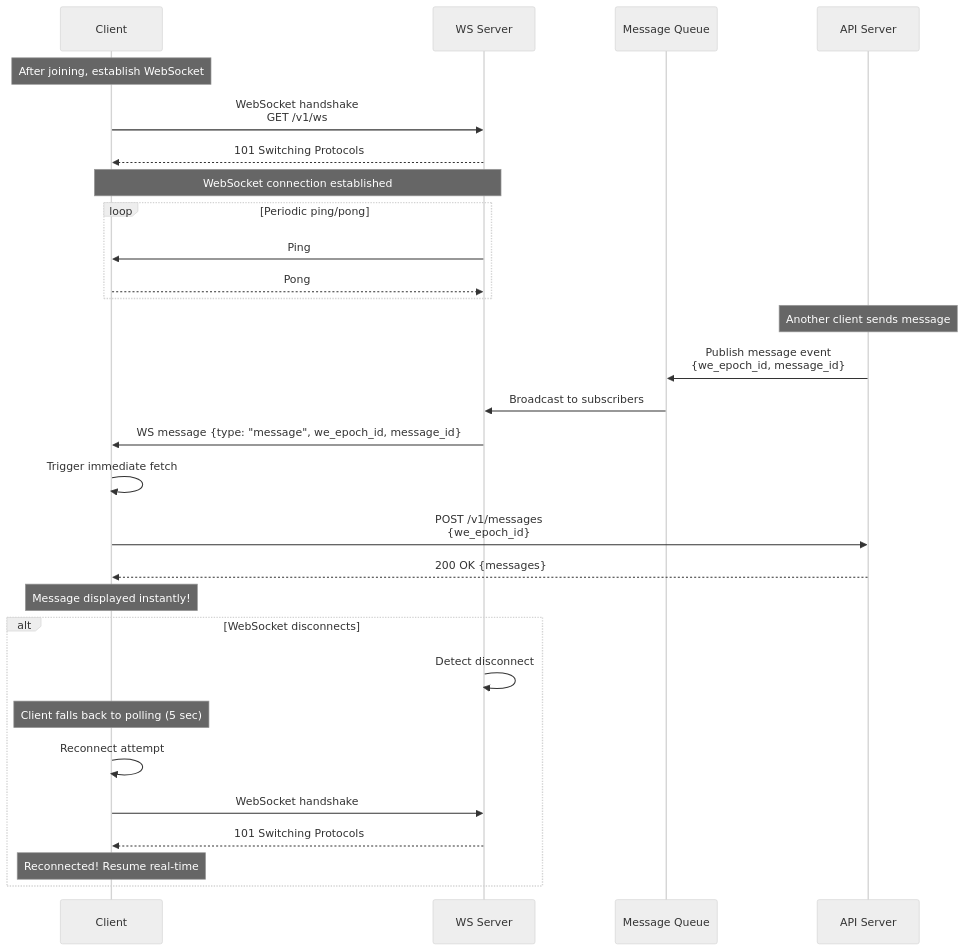
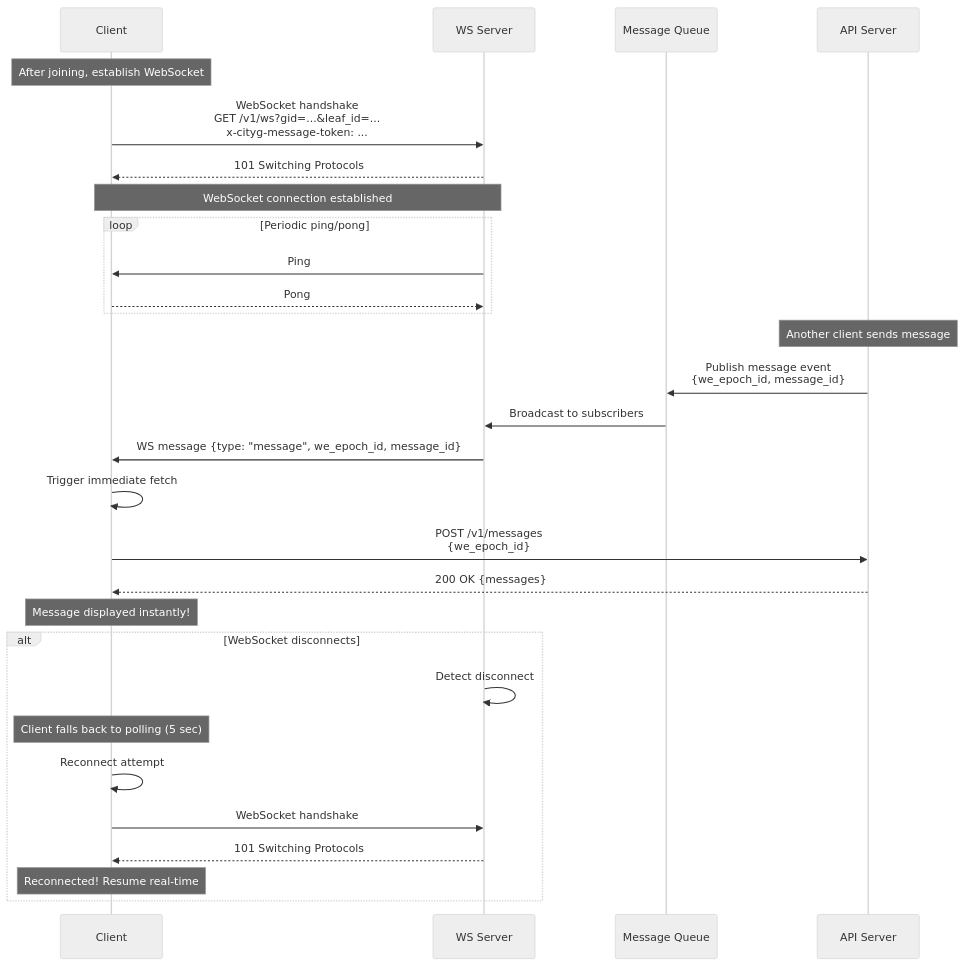
One commit to pwnsdx/cityg changed the seventh of 11 diagrams in docs/workflows.md. Above: the diagram before and after it, drawn with Mermaid (neutral theme). The commit also changed other lines of this file and 1 other file, not shown here.

Commit message:
docs: align websocket auth and leaf-id derivation

````diff
--- a/docs/workflows.md
+++ b/docs/workflows.md
@@ -407,40 +407,40 @@
 ```mermaid
 sequenceDiagram
     participant Client
     participant WS Server
     participant Message Queue
     participant API Server
 
     Note over Client: After joining, establish WebSocket
 
-    Client->>WS Server: WebSocket handshake<br/>GET /v1/ws
+    Client->>WS Server: WebSocket handshake<br/>GET /v1/ws?gid=...&leaf_id=...<br/>x-cityg-message-token: ...
     WS Server-->>Client: 101 Switching Protocols
 
     Note over Client,WS Server: WebSocket connection established
 
     loop Periodic ping/pong
         WS Server->>Client: Ping
         Client-->>WS Server: Pong
     end
 
     Note over API Server: Another client sends message
 
     API Server->>Message Queue: Publish message event<br/>{we_epoch_id, message_id}
     Message Queue->>WS Server: Broadcast to subscribers
     WS Server->>Client: WS message {type: "message", we_epoch_id, message_id}
 
     Client->>Client: Trigger immediate fetch
     Client->>API Server: POST /v1/messages<br/>{we_epoch_id}
     API Server-->>Client: 200 OK {messages}
 
     Note over Client: Message displayed instantly!
 
     alt WebSocket disconnects
         WS Server->>WS Server: Detect disconnect
         Note over Client: Client falls back to polling (5 sec)
         Client->>Client: Reconnect attempt
         Client->>WS Server: WebSocket handshake
         WS Server-->>Client: 101 Switching Protocols
         Note over Client: Reconnected! Resume real-time
     end
 ```
````
